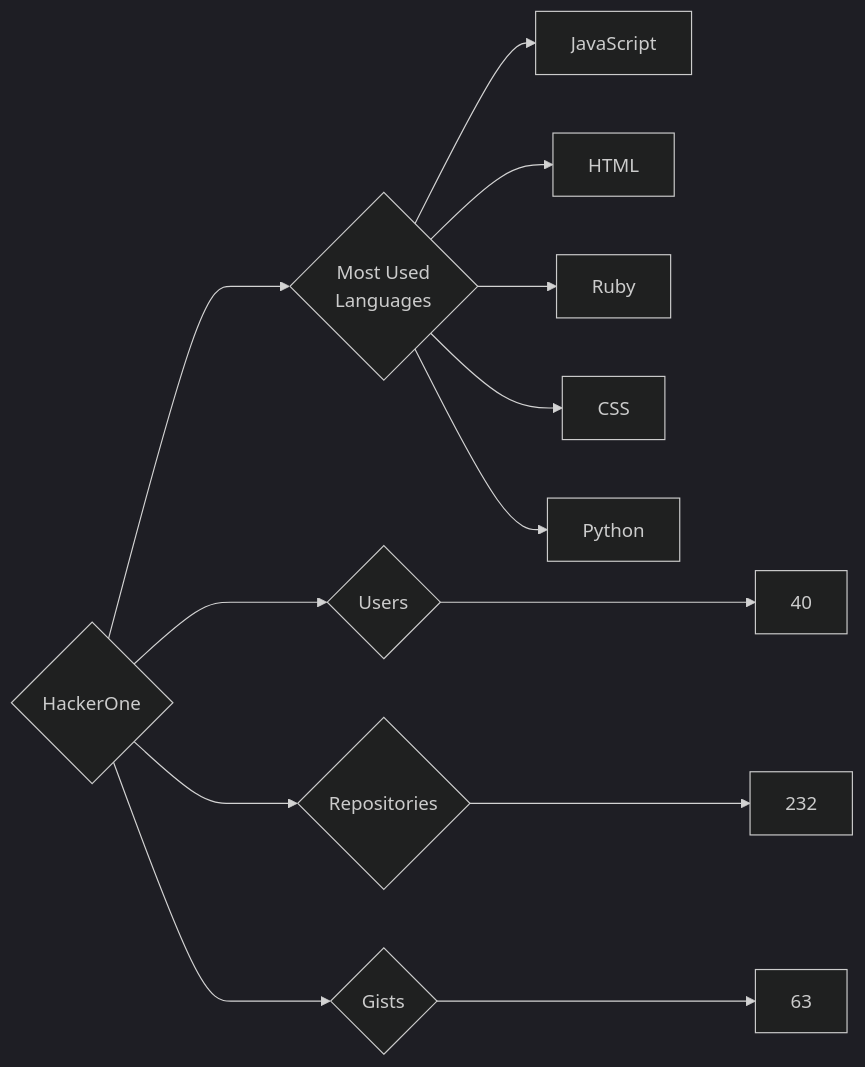
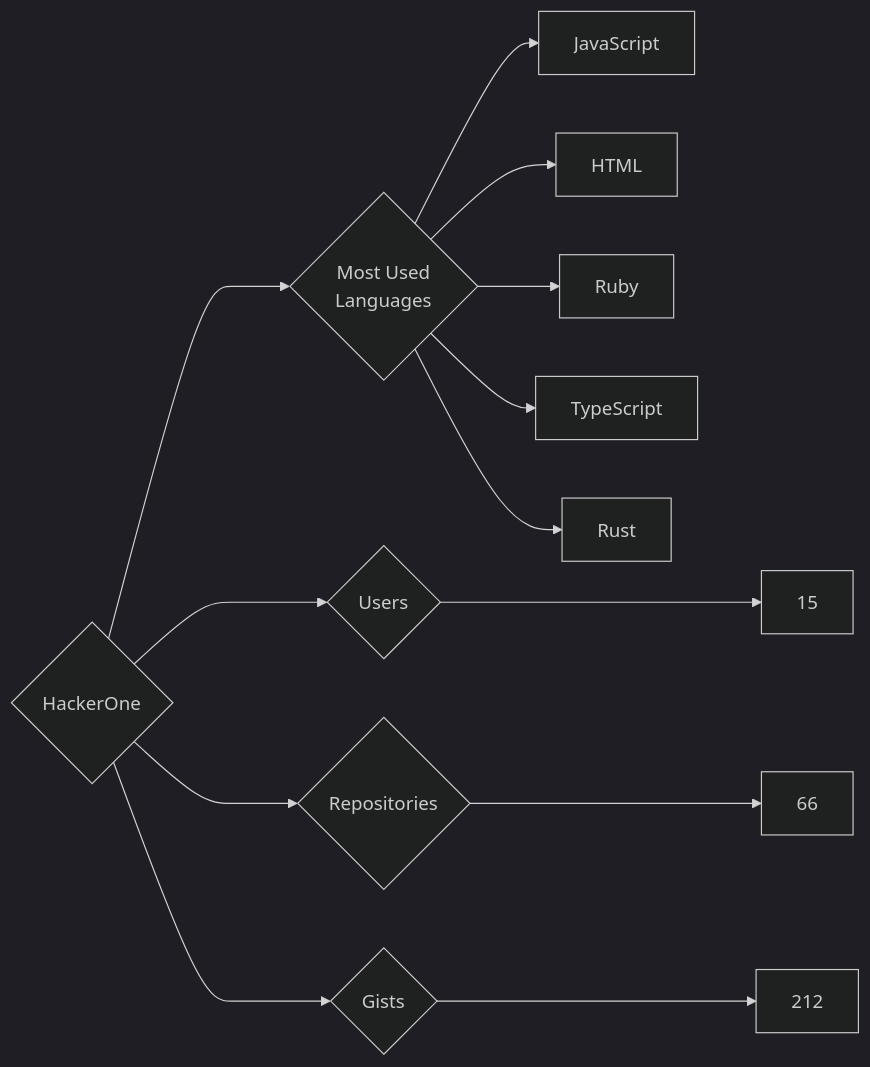
The diagram in targets/HackerOne/README.md (trickest/insiders), drawn with Mermaid (dark theme) before and after one commit. The commit also changed 553 other files, not shown here.

````diff
--- a/targets/HackerOne/README.md
+++ b/targets/HackerOne/README.md
@@ -3,13 +3,13 @@
 ```mermaid
 graph LR
 COMPANY_NAME{HackerOne}
-COMPANY_NAME ---> U{Users} ---> UN[40]
-COMPANY_NAME ---> R{Repositories} ---> RN[232]
-COMPANY_NAME ---> G{Gists} ---> GN[63]
+COMPANY_NAME ---> U{Users} ---> UN[15]
+COMPANY_NAME ---> R{Repositories} ---> RN[66]
+COMPANY_NAME ---> G{Gists} ---> GN[212]
 COMPANY_NAME ---> ML{Most Used<br>Languages}
 ML --> JavaScript[JavaScript]
 ML --> HTML[HTML]
 ML --> Ruby[Ruby]
-ML --> CSS[CSS]
-ML --> Python[Python]
+ML --> TypeScript[TypeScript]
+ML --> Rust[Rust]
 ```
````
